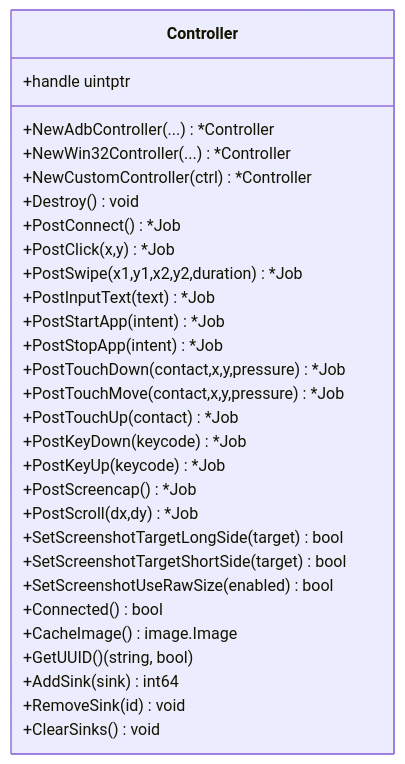
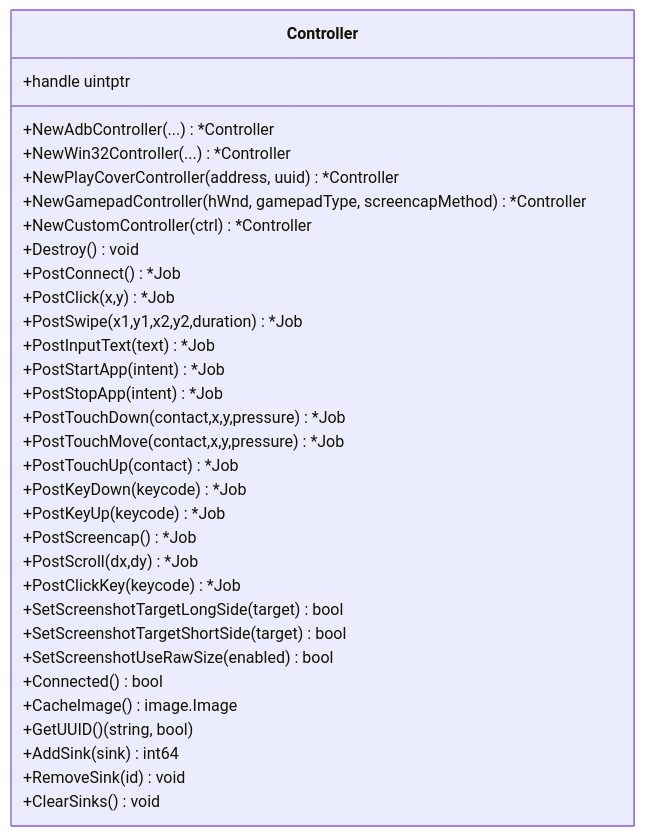
The fifth of 17 diagrams in .qoder/repowiki/zh/content/核心概念/maafw-golang 核心概念.md (kqcoxn/MaaPipelineEditor), drawn with Mermaid before and after one commit. The commit also changed other lines of this file and 10 other files, not shown here.

````diff
--- a/.qoder/repowiki/zh/content/核心概念/maafw-golang 核心概念.md
+++ b/.qoder/repowiki/zh/content/核心概念/maafw-golang 核心概念.md
@@ -277,32 +282,35 @@
 ```mermaid
 classDiagram
 class Controller {
 +handle uintptr
 +NewAdbController(...) *Controller
 +NewWin32Controller(...) *Controller
++NewPlayCoverController(address, uuid) *Controller
++NewGamepadController(hWnd, gamepadType, screencapMethod) *Controller
 +NewCustomController(ctrl) *Controller
 +Destroy() void
 +PostConnect() *Job
 +PostClick(x,y) *Job
 +PostSwipe(x1,y1,x2,y2,duration) *Job
 +PostInputText(text) *Job
 +PostStartApp(intent) *Job
 +PostStopApp(intent) *Job
 +PostTouchDown(contact,x,y,pressure) *Job
 +PostTouchMove(contact,x,y,pressure) *Job
 +PostTouchUp(contact) *Job
 +PostKeyDown(keycode) *Job
 +PostKeyUp(keycode) *Job
 +PostScreencap() *Job
 +PostScroll(dx,dy) *Job
++PostClickKey(keycode) *Job
 +SetScreenshotTargetLongSide(target) bool
 +SetScreenshotTargetShortSide(target) bool
 +SetScreenshotUseRawSize(enabled) bool
 +Connected() bool
 +CacheImage() image.Image
 +GetUUID() (string, bool)
 +AddSink(sink) int64
 +RemoveSink(id) void
 +ClearSinks() void
 }
 ```
````
